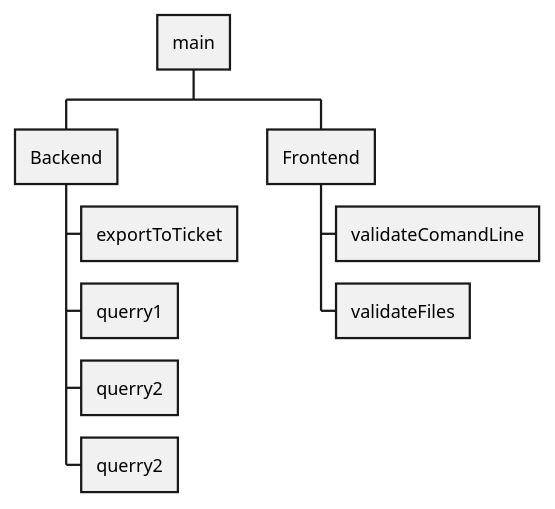
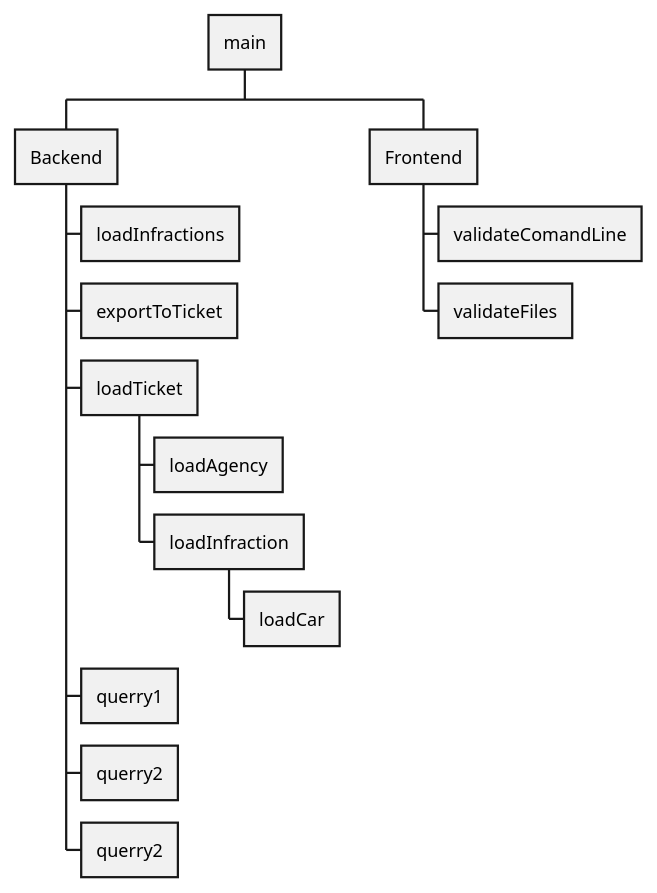
Before and after one commit to AugustoOspal/Proyecto_Final_PI: the diagram in structure_functions.puml, drawn with PlantUML.

Commit message:
A starting point for the firsts functions

```diff
--- a/structure_functions.puml
+++ b/structure_functions.puml
@@ -1,15 +1,20 @@
 @startwbs
 
 * main
 
 ** Backend
+*** loadInfractions
 *** exportToTicket
+*** loadTicket
+**** loadAgency
+**** loadInfraction
+***** loadCar
 *** querry1
 *** querry2
 *** querry2
 
 ** Frontend
 *** validateComandLine
 *** validateFiles
 
 @endwbs
```
